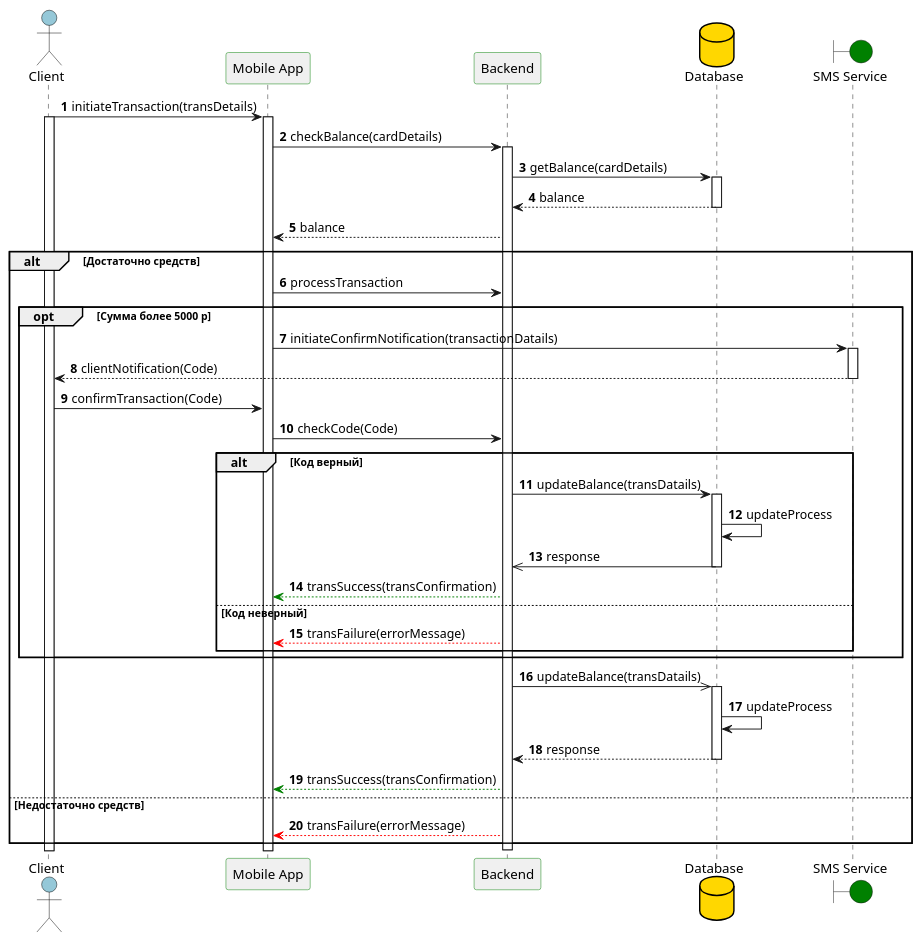
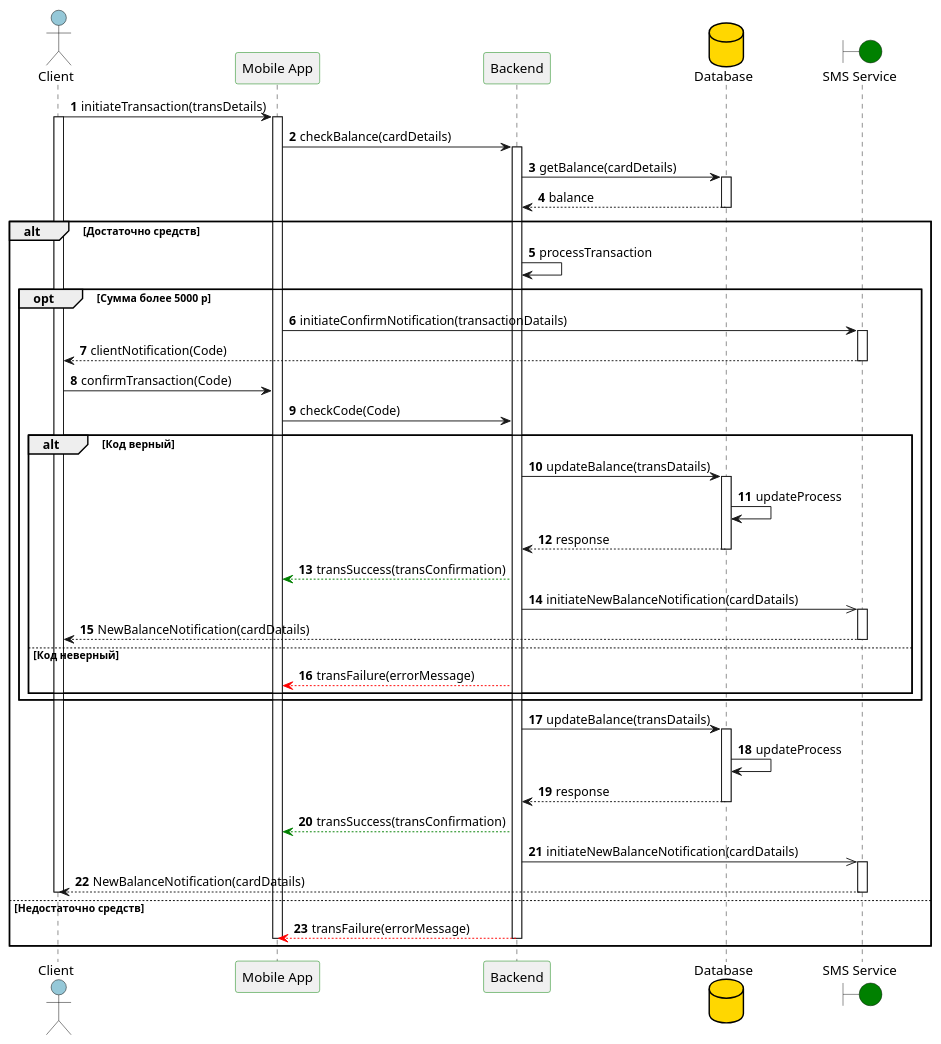
One commit to IrinaDubrovina/T1-UML-diagrams changed the diagram in UC/homework_8_2.puml. Above: the diagram before and after it, drawn with PlantUML. The commit also changed 1 other file, not shown here.

```diff
--- a/UC/homework_8_2.puml
+++ b/UC/homework_8_2.puml
@@ -1,66 +1,75 @@
 @startuml Онлайн перевод между счетами
 autonumber  
 skinparam actor {
     BackgroundColor #95C8D8
     borderColor Black
 }
 skinparam participant {
     BackgroundColor #F0F0F0
     borderColor Green
 }
 skinparam database {
     BackgroundColor #FFD700
     borderColor Black
 }
 actor Client as C
 participant "Mobile App" as MA
 participant "Backend" as B
 database "Database" as DB
 boundary "SMS Service" as NS #green
 
 C -> MA: initiateTransaction(transDetails)
 activate C
 activate MA
 MA -> B: checkBalance(cardDetails)
 activate B
 B -> DB: getBalance(cardDetails)
 activate DB
 DB --> B: balance
 deactivate DB
-B --> MA: balance
 
 alt Достаточно средств
-MA -> B: processTransaction
+B -> B: processTransaction
 opt Сумма более 5000 р
 MA -> NS: initiateConfirmNotification(transactionDatails)
 activate NS
 NS --> C: clientNotification(Code)
 deactivate NS
 C -> MA: confirmTransaction(Code)
 MA -> B: checkCode(Code)
 
 alt Код верный
 B -> DB: updateBalance(transDatails)
 activate DB
 DB -> DB: updateProcess
-DB ->> B: response
-deactivate DB 
+DB --> B: response
+deactivate DB
 B -[#green]-> MA : transSuccess(transConfirmation) 
+B ->> NS: initiateNewBalanceNotification(cardDatails)
+activate NS
+NS --> C: NewBalanceNotification(cardDatails)
+deactivate NS
+ 
 else Код неверный
 B -[#Red]-> MA: transFailure(errorMessage) 
 end alt
+end
 
-
-end
-B ->> DB: updateBalance(transDatails)
+B -> DB: updateBalance(transDatails)
 activate DB
 DB -> DB: updateProcess
 DB --> B: response
 deactivate DB
 B -[#green]-> MA : transSuccess(transConfirmation) 
+B ->> NS: initiateNewBalanceNotification(cardDatails)
+activate NS
+NS --> C: NewBalanceNotification(cardDatails)
+deactivate NS
+deactivate C
 else Недостаточно средств
 B -[#Red]-> MA : transFailure(errorMessage) 
+deactivate B
+deactivate MA
 end alt
-deactivate B
 
 @enduml
```
